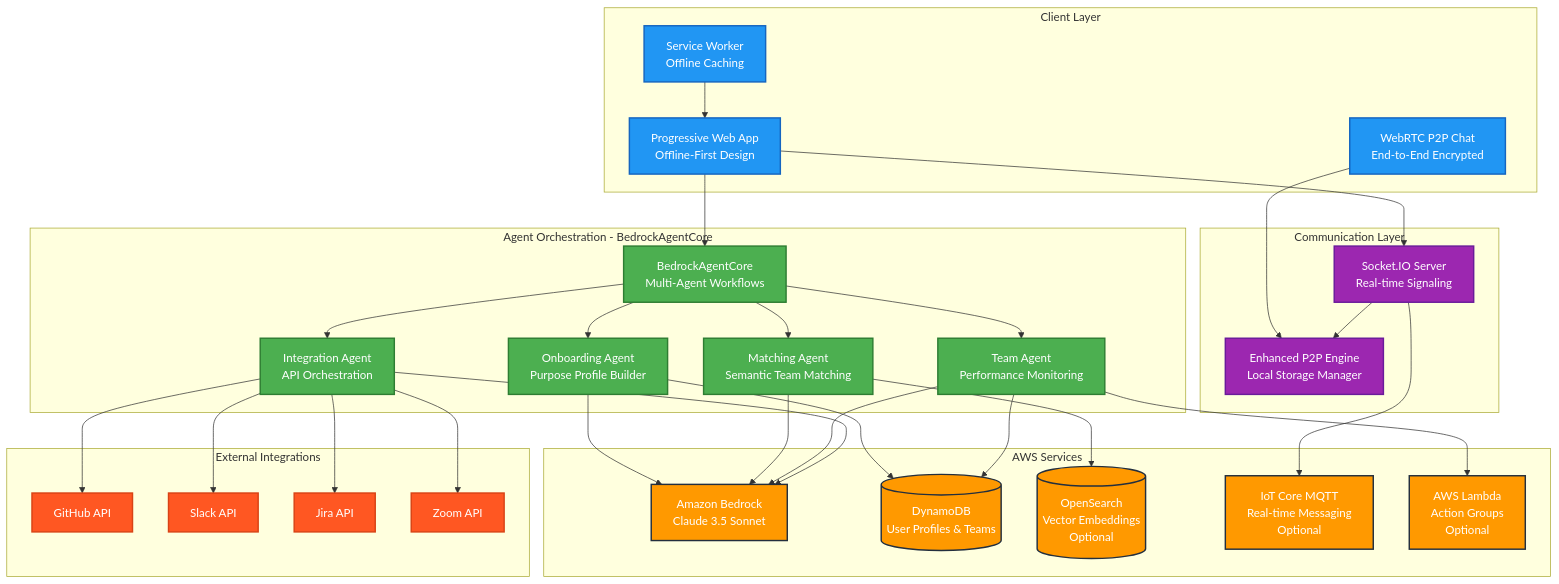
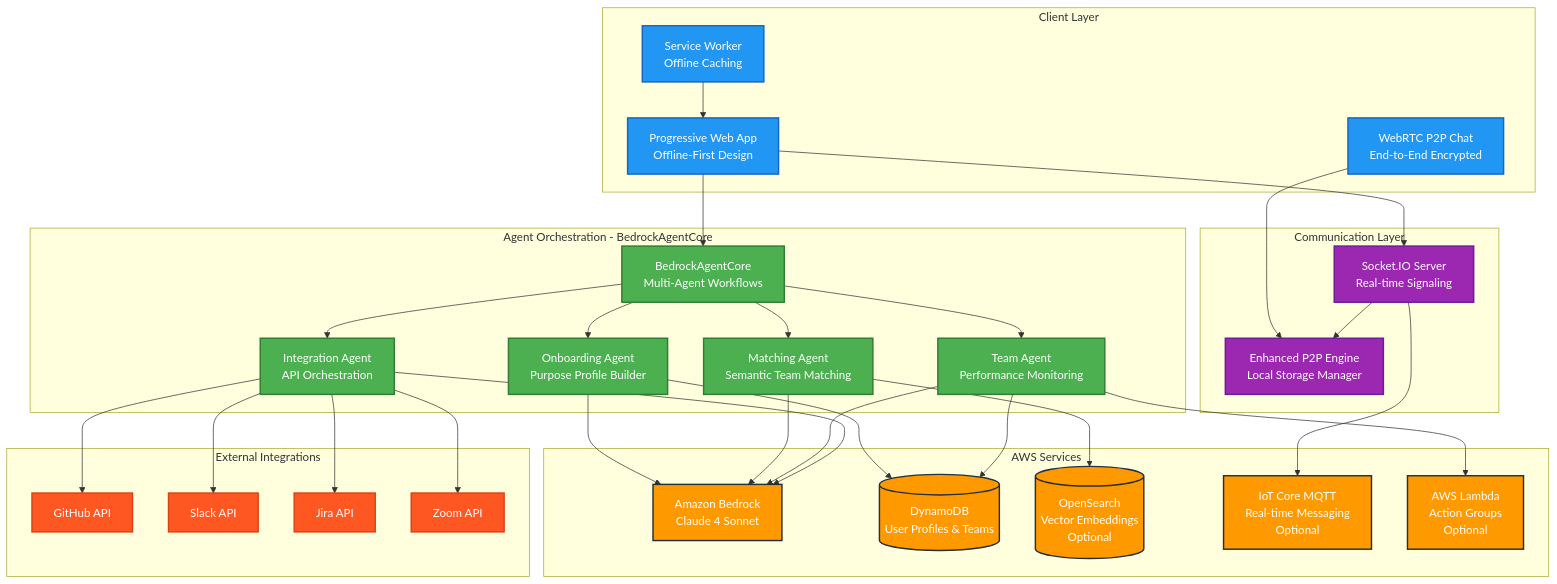
One commit to Jobeer1/Find-your-Team changed the first of 3 diagrams in README.md. Above: the diagram before and after it, drawn with Mermaid. The commit also changed other lines of this file, not shown here.

Commit message:
Update references from Claude 3.5 to Claude 4

````diff
--- a/README.md
+++ b/README.md
@@ -89,82 +89,82 @@
 ```mermaid
 graph TB
     subgraph ClientLayer ["Client Layer"]
         PWA["Progressive Web App<br/>Offline-First Design"]
         WebRTC["WebRTC P2P Chat<br/>End-to-End Encrypted"]
         ServiceWorker["Service Worker<br/>Offline Caching"]
     end
     
     subgraph AgentCore ["Agent Orchestration - BedrockAgentCore"]
         Core["BedrockAgentCore<br/>Multi-Agent Workflows"]
         Onboarding["Onboarding Agent<br/>Purpose Profile Builder"]
         Matching["Matching Agent<br/>Semantic Team Matching"]
         Team["Team Agent<br/>Performance Monitoring"]
         Integration["Integration Agent<br/>API Orchestration"]
     end
     
     subgraph AWSServices ["AWS Services"]
-        Bedrock["Amazon Bedrock<br/>Claude 3.5 Sonnet"]
+        Bedrock["Amazon Bedrock<br/>Claude 4 Sonnet"]
         DynamoDB[("DynamoDB<br/>User Profiles & Teams")]
         OpenSearch[("OpenSearch<br/>Vector Embeddings<br/>Optional")]
         IoT["IoT Core MQTT<br/>Real-time Messaging<br/>Optional"]
         Lambda["AWS Lambda<br/>Action Groups<br/>Optional"]
     end
     
     subgraph CommLayer ["Communication Layer"]
         SocketIO["Socket.IO Server<br/>Real-time Signaling"]
         P2PEngine["Enhanced P2P Engine<br/>Local Storage Manager"]
     end
     
     subgraph ExternalIntegrations ["External Integrations"]
         GitHub["GitHub API"]
         Slack["Slack API"]
         Jira["Jira API"]
         Zoom["Zoom API"]
     end
     
     %% Client connections
     PWA --> Core
     PWA --> SocketIO
     WebRTC --> P2PEngine
     ServiceWorker --> PWA
     
     %% Agent orchestration
     Core --> Onboarding
     Core --> Matching
     Core --> Team
     Core --> Integration
     
     %% AWS service connections
     Onboarding --> Bedrock
     Matching --> Bedrock
     Team --> Bedrock
     Integration --> Bedrock
     
     Onboarding --> DynamoDB
     Team --> DynamoDB
     Matching --> OpenSearch
     Team --> Lambda
     
     %% Communication
     SocketIO --> P2PEngine
     SocketIO --> IoT
     
     %% External integrations
     Integration --> GitHub
     Integration --> Slack
     Integration --> Jira
     Integration --> Zoom
     
     %% Styling
     classDef aws fill:#FF9900,stroke:#232F3E,stroke-width:2px,color:#fff
     classDef agent fill:#4CAF50,stroke:#2E7D32,stroke-width:2px,color:#fff
     classDef client fill:#2196F3,stroke:#1565C0,stroke-width:2px,color:#fff
     classDef comm fill:#9C27B0,stroke:#6A1B9A,stroke-width:2px,color:#fff
     classDef external fill:#FF5722,stroke:#D84315,stroke-width:2px,color:#fff
     
     class Bedrock,DynamoDB,OpenSearch,IoT,Lambda aws
     class Core,Onboarding,Matching,Team,Integration agent
     class PWA,WebRTC,ServiceWorker client
     class SocketIO,P2PEngine comm
     class GitHub,Slack,Jira,Zoom external
 ```
````
